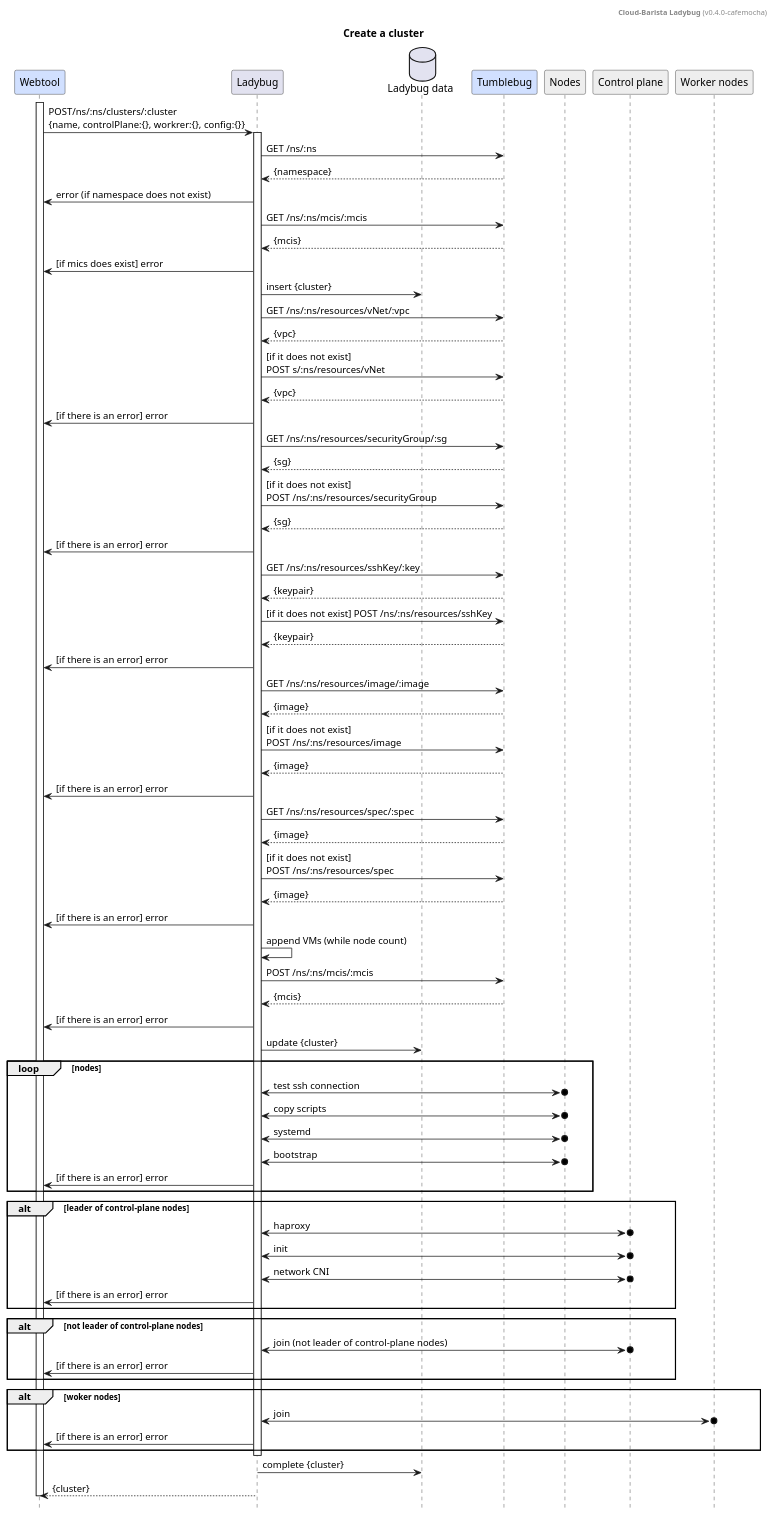
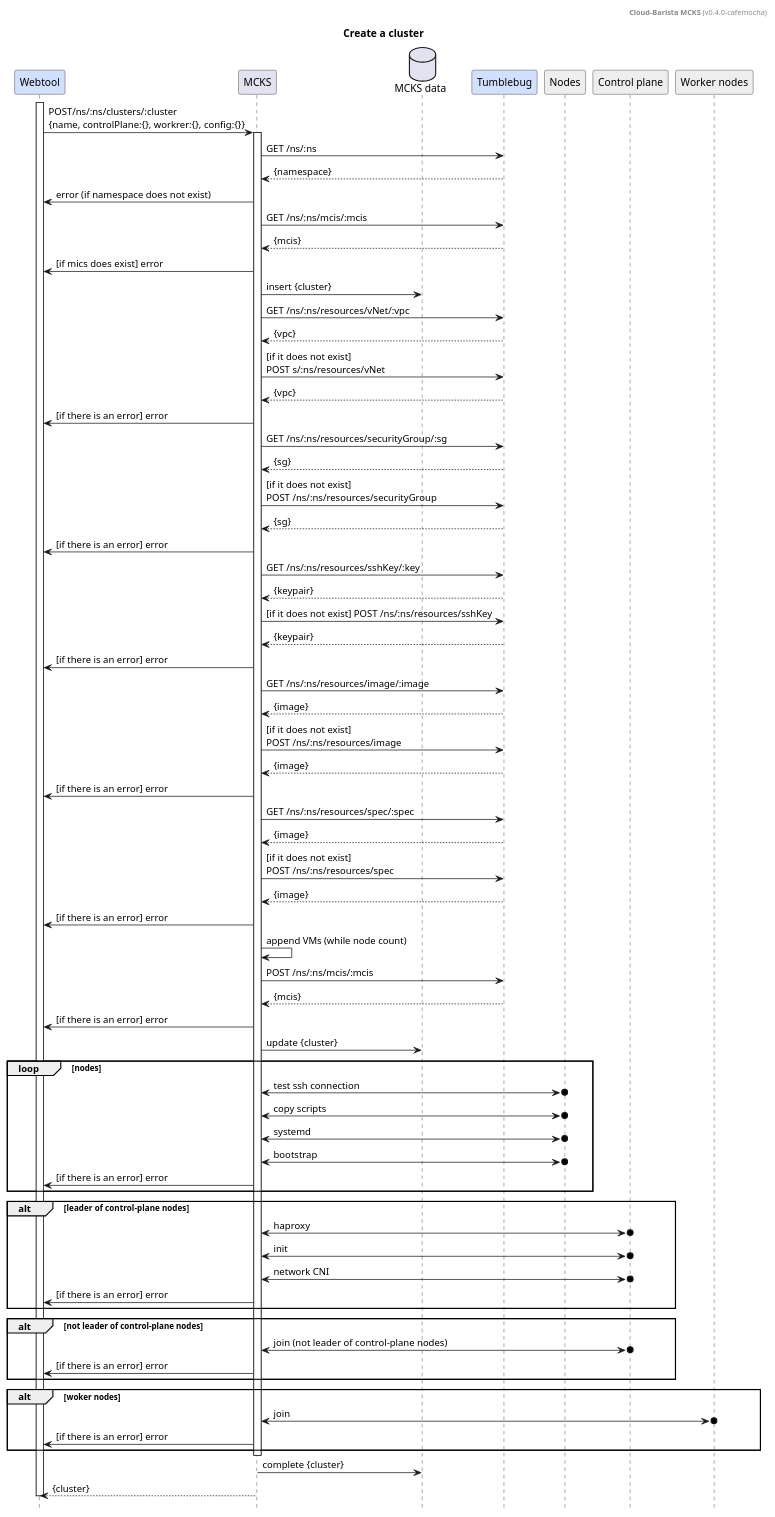
Before and after one commit to cloud-barista/cb-ladybug: the diagram in docs/design/cluster-create.puml, drawn with PlantUML. The commit also changed 99 other files, not shown here.

Commit message:
refactor: rename CB-Ladybug to CB-MCKS

```diff
--- a/docs/design/cluster-create.puml
+++ b/docs/design/cluster-create.puml
@@ -1,122 +1,122 @@
 @startuml
 
-header **Cloud-Barista Ladybug** (v0.4.0-cafemocha)
+header **Cloud-Barista MCKS** (v0.4.0-cafemocha)
 title Create a cluster
 hide footbox
 
 participant	"Webtool"		as webtool		#d1e0ff
 
-participant	"Ladybug"		as provider
-database	"Ladybug data"	as db
+participant	"MCKS"		as provider
+database	"MCKS data"	as db
 
 participant	"Tumblebug"		as tumblebug	#d1e0ff
 participant	"Nodes"			as nodes		#eeeeee
 participant	"Control plane"	as mNodes		#eeeeee
 participant	"Worker nodes"	as wNodes		#eeeeee
 
 skinparam sequence {
 	GroupColor DeepSkyBlue
 }
 
 
 activate webtool
 	webtool		->	provider		: POST/ns/:ns/clusters/:cluster\n{name, controlPlane:{}, workrer:{}, config:{}}
 
 
 		activate provider
 
 			'-- 1.infra
 			'-- 1.1. namespace
 			provider	->	tumblebug	: GET /ns/:ns
 			tumblebug	-->	provider	: {namespace}
 			provider	->	webtool		: error (if namespace does not exist)
 
 			'-- 1.2. MCIS
 			provider	->	tumblebug	: GET /ns/:ns/mcis/:mcis
 			tumblebug	-->	provider	: {mcis}
 			provider	->	webtool		: [if mics does exist] error 
 
 			'-- 
 			provider	->	db			: insert {cluster}
 
 			'-- 1.3. vpc
 			provider	->	tumblebug	: GET /ns/:ns/resources/vNet/:vpc
 			tumblebug	-->	provider	: {vpc}
 			provider	->	tumblebug	: [if it does not exist]\nPOST s/:ns/resources/vNet
 			tumblebug	-->	provider	: {vpc}
 			provider	->	webtool		: [if there is an error] error
 
 			'-- 1.4. sg(fw)
 			provider	->	tumblebug	: GET /ns/:ns/resources/securityGroup/:sg
 			tumblebug	-->	provider	: {sg}
 			provider	->	tumblebug	: [if it does not exist]\nPOST /ns/:ns/resources/securityGroup
 			tumblebug	-->	provider	: {sg}
 			provider	->	webtool		: [if there is an error] error
 
 			'-- 1.5. ssh
 			provider	->	tumblebug	: GET /ns/:ns/resources/sshKey/:key
 			tumblebug	-->	provider	: {keypair}
 			provider	->	tumblebug	: [if it does not exist] POST /ns/:ns/resources/sshKey
 			tumblebug	-->	provider	: {keypair}
 			provider	->	webtool		: [if there is an error] error
 			
 			'-- 1.6. image
 			provider	->	tumblebug	: GET /ns/:ns/resources/image/:image
 			tumblebug	-->	provider	: {image}
 			provider	->	tumblebug 	: [if it does not exist]\nPOST /ns/:ns/resources/image
 			tumblebug	-->	provider	: {image}
 			provider	->	webtool		: [if there is an error] error
 
 			'-- 1.7. spec
 			provider	->	tumblebug	: GET /ns/:ns/resources/spec/:spec
 			tumblebug	-->	provider	: {image}
 			provider	->	tumblebug 	: [if it does not exist]\nPOST /ns/:ns/resources/spec
 			tumblebug	-->	provider	: {image}
 			provider	->	webtool		: [if there is an error] error
 
 			'-- 1.8. mcis (vm)
 			provider	->	provider	: append VMs (while node count)
 			provider	->	tumblebug	: POST /ns/:ns/mcis/:mcis
 			tumblebug	-->	provider	: {mcis}
 			provider	->	webtool		: [if there is an error] error
 
 			'--
 			provider	->	db						: update {cluster}
 
 			' -- 2.1. boostrap
 			loop nodes
 				provider	<->o	nodes		: test ssh connection
 				provider	<->o	nodes		: copy scripts
 				provider	<->o	nodes		: systemd
 				provider	<->o	nodes		: bootstrap
 				provider	->		webtool		: [if there is an error] error
 			end
 
 			' -- 2.2. 
 			alt leader of control-plane  nodes
 				provider	<->o	mNodes		: haproxy
 				provider	<->o	mNodes		: init
 				provider	<->o	mNodes		: network CNI
 				provider	->	webtool			: [if there is an error] error
 			end
 
 			' -- 2.3. 
 			alt not leader of control-plane nodes
 				provider	<->o	mNodes		: join (not leader of control-plane nodes)
 				provider	->	webtool			: [if there is an error] error
 			end
 
 			' -- 2.3. 
 			alt woker nodes
 				provider	<->o	wNodes		: join
 				provider	->	webtool			: [if there is an error] error
 			end
 
 		deactivate provider
 
 		provider	->	db						: complete {cluster}
 		provider	-->	webtool					: {cluster}
 
 deactivate webtool
 
 @enduml
```
